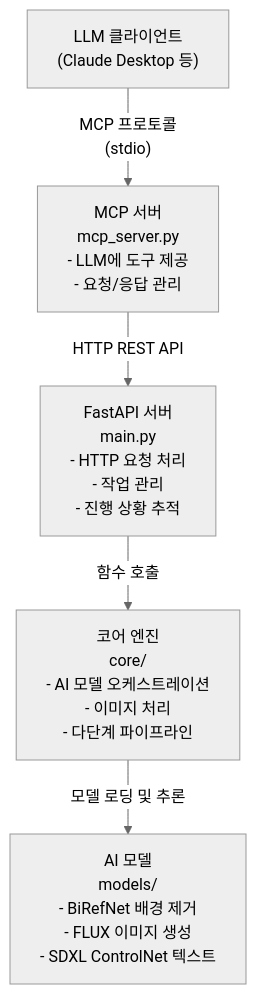
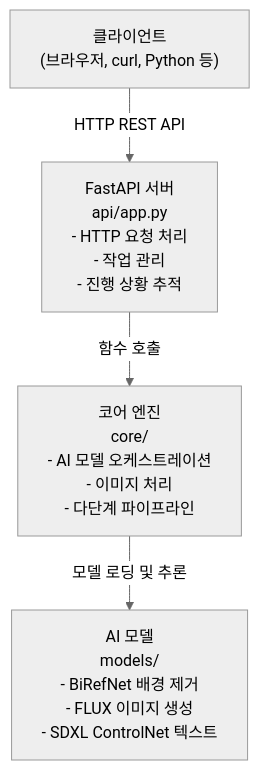
Before and after one commit to krapnuyij/codeit-ai-3team-ad-content: the diagram in docs/doc/완전한_설치_가이드.md, drawn with Mermaid (neutral theme). The commit also changed other lines of this file and 34 other files, not shown here.

````diff
--- a/docs/doc/완전한_설치_가이드.md
+++ b/docs/doc/완전한_설치_가이드.md
@@ -29,13 +28,11 @@
 ```mermaid
 graph TB
-    A["LLM 클라이언트<br/>(Claude Desktop 등)"]
-    B["MCP 서버<br/>mcp_server.py<br/>- LLM에 도구 제공<br/>- 요청/응답 관리"]
-    C["FastAPI 서버<br/>main.py<br/>- HTTP 요청 처리<br/>- 작업 관리<br/>- 진행 상황 추적"]
+    A["클라이언트<br/>(브라우저, curl, Python 등)"]
+    C["FastAPI 서버<br/>api/app.py<br/>- HTTP 요청 처리<br/>- 작업 관리<br/>- 진행 상황 추적"]
     D["코어 엔진<br/>core/<br/>- AI 모델 오케스트레이션<br/>- 이미지 처리<br/>- 다단계 파이프라인"]
     E["AI 모델<br/>models/<br/>- BiRefNet 배경 제거<br/>- FLUX 이미지 생성<br/>- SDXL ControlNet 텍스트"]
 
-    A -->|"MCP 프로토콜<br/>(stdio)"| B
-    B -->|"HTTP REST API"| C
+    A -->|"HTTP REST API"| C
     C -->|"함수 호출"| D
     D -->|"모델 로딩 및 추론"| E
 ```
````
